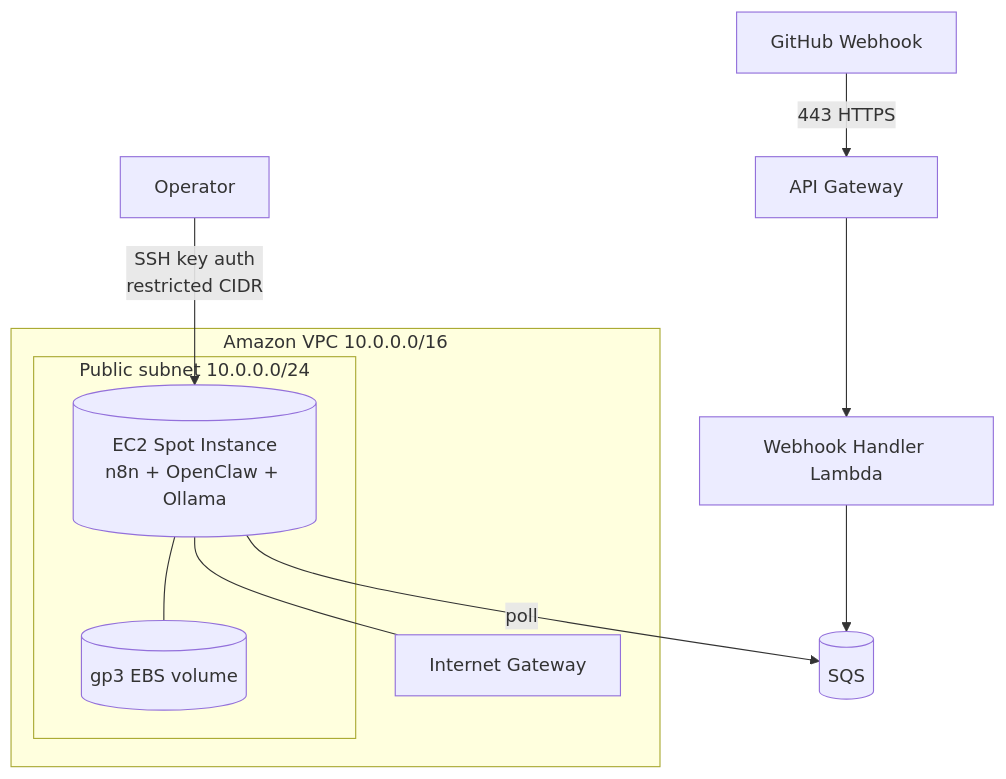
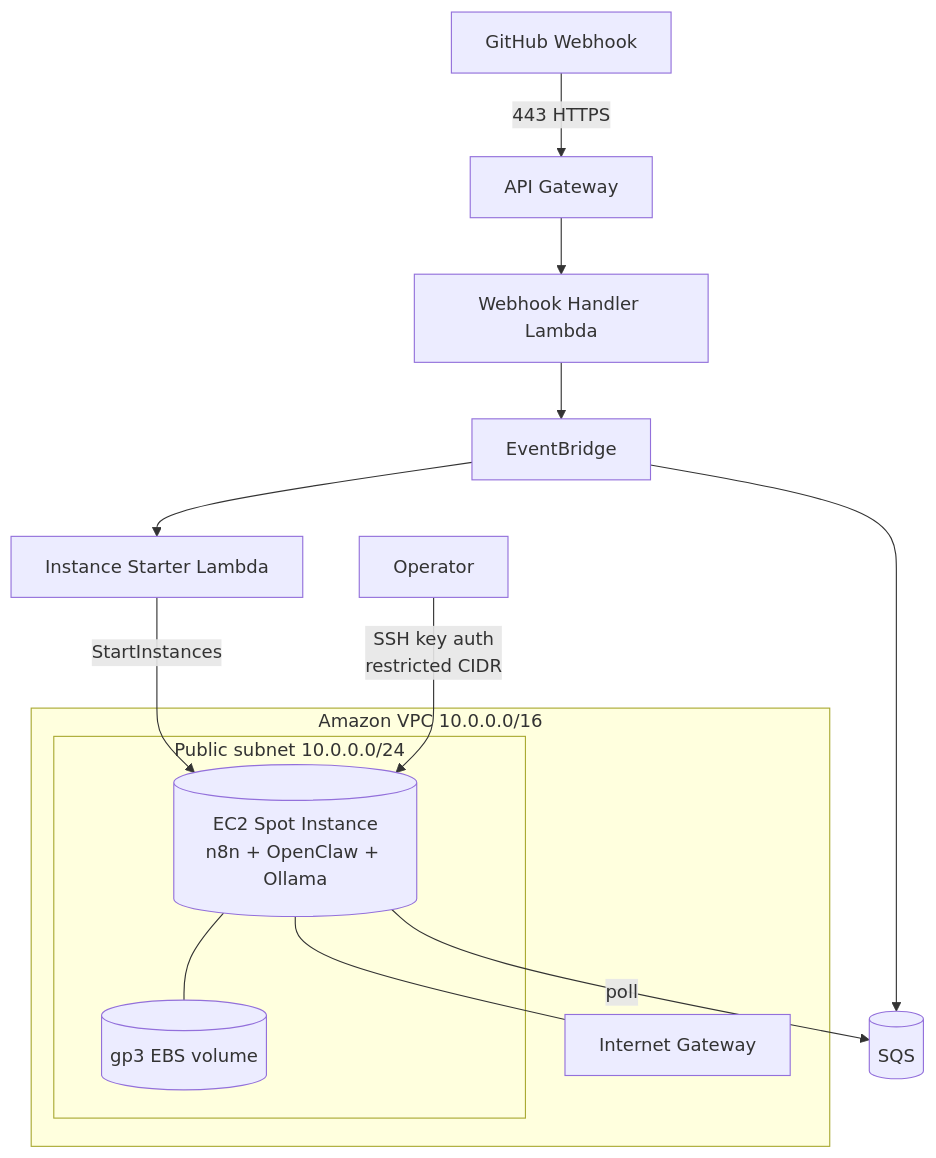
Before and after one commit to teddynted/ai-github-repository-blog-generator: the third of 7 diagrams in docs/architecture.md, drawn with Mermaid. The commit also changed other lines of this file and 12 other files, not shown here.

````diff
--- a/docs/architecture.md
+++ b/docs/architecture.md
@@ -83,17 +128,20 @@
 ```mermaid
 flowchart TB
     GH[GitHub Webhook] -->|443 HTTPS| APIGW[API Gateway]
     APIGW --> LH[Webhook Handler Lambda]
-    LH --> SQS[(SQS)]
+    LH --> EB[EventBridge]
+    EB --> SQS[(SQS)]
+    EB --> ST[Instance Starter Lambda]
     subgraph VPC["Amazon VPC 10.0.0.0/16"]
         IGW[Internet Gateway]
         subgraph Public["Public subnet 10.0.0.0/24"]
             EC2[(EC2 Spot Instance<br/>n8n + OpenClaw + Ollama)]
             EBS[(gp3 EBS volume)]
         end
     end
+    ST -->|StartInstances| EC2
     EC2 --- EBS
     EC2 --- IGW
     EC2 -->|poll| SQS
     ADMIN[Operator] -->|SSH key auth<br/>restricted CIDR| EC2
 ```
````
